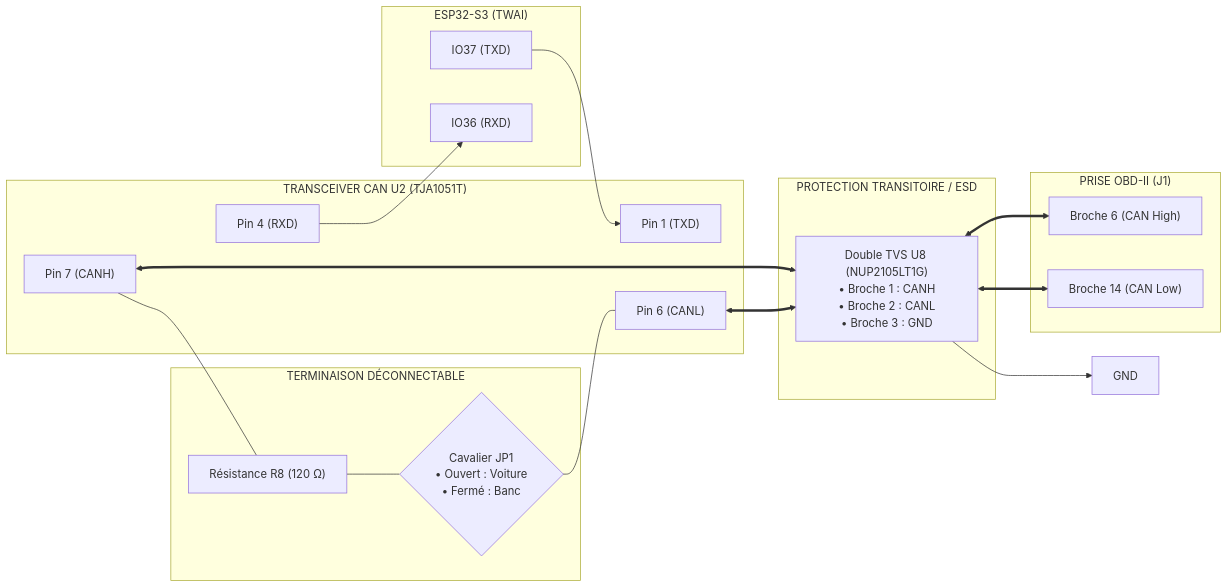
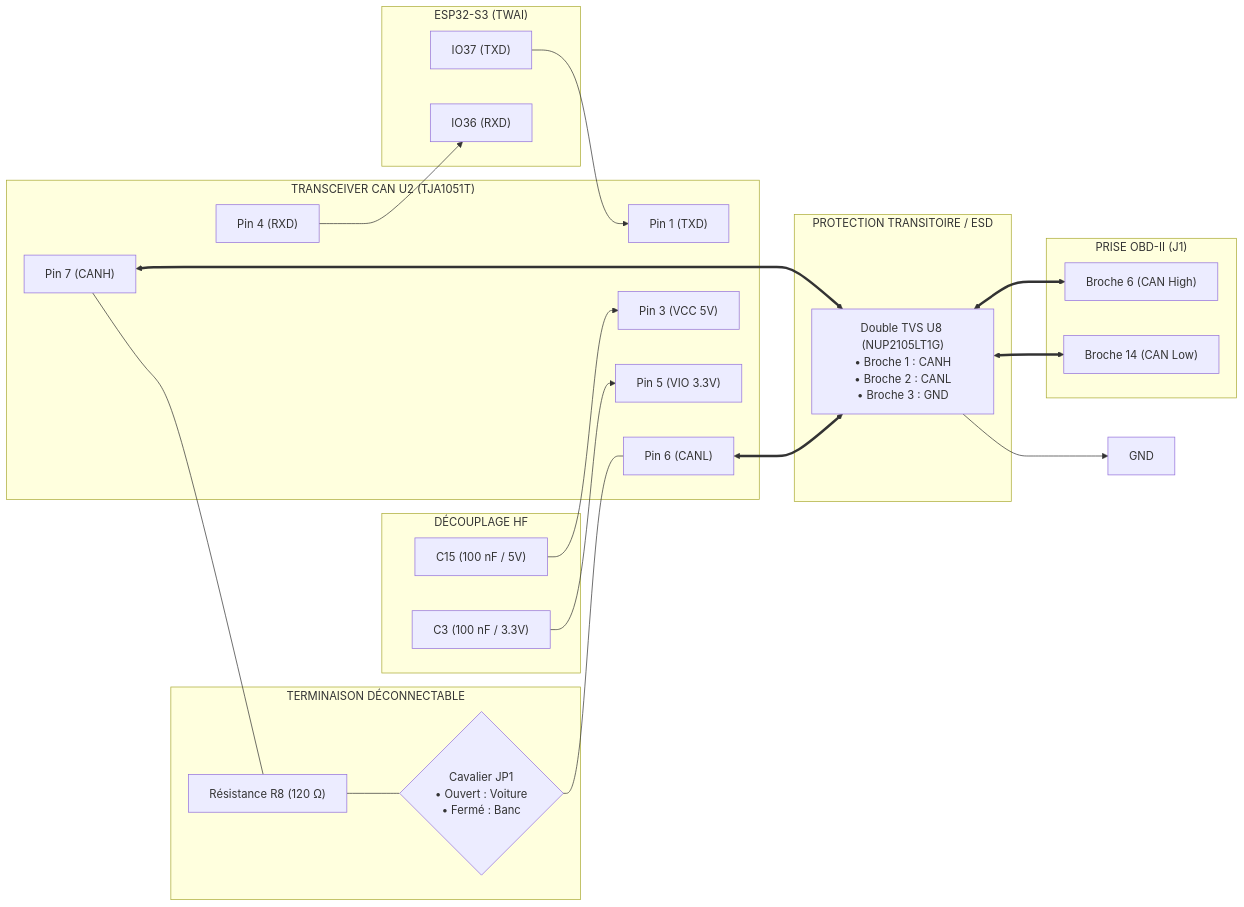
The sixth of 9 diagrams in HARDWARE.md (nitrogene/OBD2), drawn with Mermaid before and after one commit. The commit also changed other lines of this file and 14 other files, not shown here.

First line of the commit message:
feat(architecture): decouplage agnostique de pcb-placer, floorplan.json et schema alimentation

````diff
--- a/HARDWARE.md
+++ b/HARDWARE.md
@@ -247,53 +253,63 @@
 ```mermaid
 %%{init: {
   'themeVariables': {
     'fontFamily': 'Consolas, "Courier New", monospace',
     'fontSize': '12px'
   },
   'flowchart': {
     'curve': 'stepBefore',
     'nodeSpacing': 20,
     'rankSpacing': 30
   }
 }}%%
 flowchart LR
     subgraph MCU["ESP32-S3 (TWAI)"]
         TXD["IO37 (TXD)"]
         RXD["IO36 (RXD)"]
     end
 
     subgraph CAN_IC["TRANSCEIVER CAN U2 (TJA1051T)"]
         PIN_TX["Pin 1 (TXD)"]
         PIN_RX["Pin 4 (RXD)"]
         PIN_CANH["Pin 7 (CANH)"]
         PIN_CANL["Pin 6 (CANL)"]
+        PIN_VCC["Pin 3 (VCC 5V)"]
+        PIN_VIO["Pin 5 (VIO 3.3V)"]
+    end
+
+    subgraph DECOUP_CAN["DÉCOUPLAGE HF"]
+        C15["C15 (100 nF / 5V)"]
+        C3["C3 (100 nF / 3.3V)"]
     end
 
     subgraph TERM["TERMINAISON DÉCONNECTABLE"]
         R8["Résistance R8 (120 Ω)"]
         JP1{"Cavalier JP1\n• Ouvert : Voiture\n• Fermé : Banc"}
     end
 
     subgraph PROT_CAN["PROTECTION TRANSITOIRE / ESD"]
         U8["Double TVS U8 (NUP2105LT1G)\n• Broche 1 : CANH\n• Broche 2 : CANL\n• Broche 3 : GND"]
     end
 
     subgraph OBD_CONN["PRISE OBD-II (J1)"]
         PIN6["Broche 6 (CAN High)"]
         PIN14["Broche 14 (CAN Low)"]
     end
 
     TXD --> PIN_TX
     PIN_RX --> RXD
 
+    C15 --> PIN_VCC
+    C3 --> PIN_VIO
+
     PIN_CANH --- R8
     R8 --- JP1
     JP1 --- PIN_CANL
 
     PIN_CANH <==> U8
     PIN_CANL <==> U8
     U8 --> GND_CAN["GND"]
 
     U8 <==> PIN6
     U8 <==> PIN14
 ```
````
